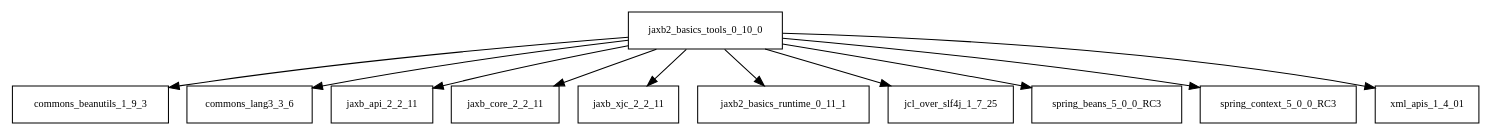
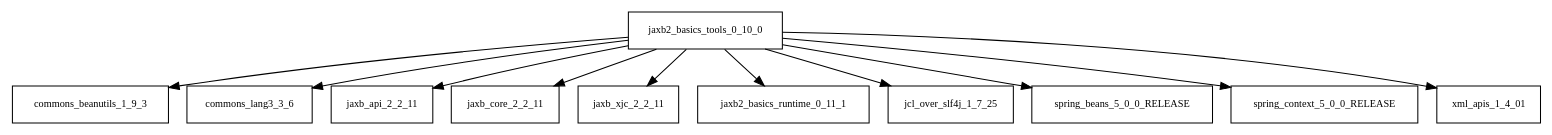
The diagram in tattleTaleReport/graphviz/jaxb2-basics-tools-0.10.0.jar/jaxb2-basics-tools-0.10.0.jar.dot (AglaianWoman/cia), drawn with Graphviz before and after one commit. The commit also changed 3333 other files, not shown here.

```diff
--- a/tattleTaleReport/graphviz/jaxb2-basics-tools-0.10.0.jar/jaxb2-basics-tools-0.10.0.jar.dot
+++ b/tattleTaleReport/graphviz/jaxb2-basics-tools-0.10.0.jar/jaxb2-basics-tools-0.10.0.jar.dot
@@ -1,13 +1,13 @@
 digraph jaxb2_basics_tools_0_10_0_dependencies {
   node [shape = box, fontsize=10.0];
   jaxb2_basics_tools_0_10_0 -> commons_beanutils_1_9_3;
   jaxb2_basics_tools_0_10_0 -> commons_lang3_3_6;
   jaxb2_basics_tools_0_10_0 -> jaxb_api_2_2_11;
   jaxb2_basics_tools_0_10_0 -> jaxb_core_2_2_11;
   jaxb2_basics_tools_0_10_0 -> jaxb_xjc_2_2_11;
   jaxb2_basics_tools_0_10_0 -> jaxb2_basics_runtime_0_11_1;
   jaxb2_basics_tools_0_10_0 -> jcl_over_slf4j_1_7_25;
-  jaxb2_basics_tools_0_10_0 -> spring_beans_5_0_0_RC3;
-  jaxb2_basics_tools_0_10_0 -> spring_context_5_0_0_RC3;
+  jaxb2_basics_tools_0_10_0 -> spring_beans_5_0_0_RELEASE;
+  jaxb2_basics_tools_0_10_0 -> spring_context_5_0_0_RELEASE;
   jaxb2_basics_tools_0_10_0 -> xml_apis_1_4_01;
 }
```
